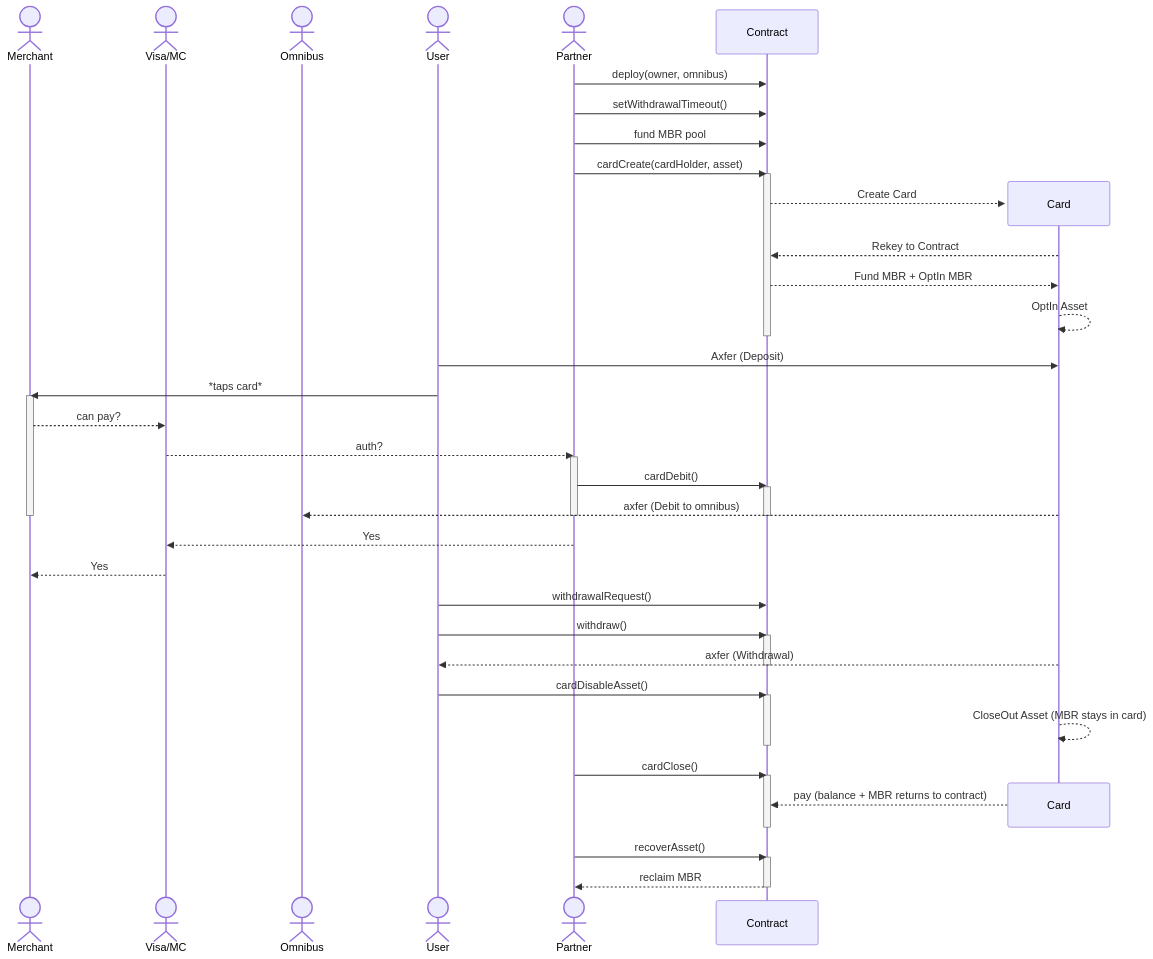
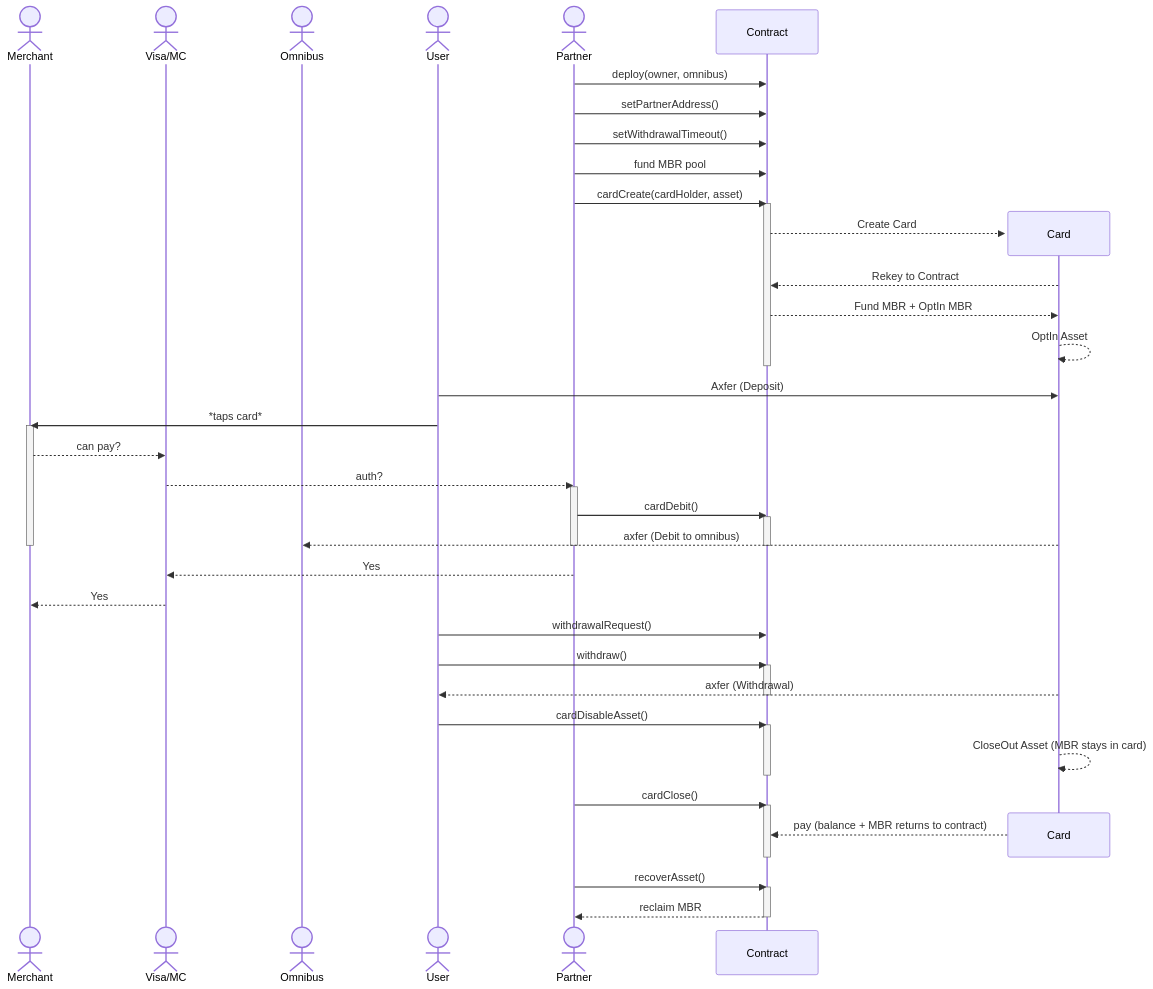
Before and after one commit to funk-af/auto-draw-card: the second of 2 diagrams in projects/auto-draw-card/README.md, drawn with Mermaid. The commit also changed other lines of this file and 29 other files, not shown here.

````diff
--- a/projects/auto-draw-card/README.md
+++ b/projects/auto-draw-card/README.md
@@ -195,51 +211,52 @@
 ```mermaid
 sequenceDiagram
     actor Merchant
     actor Visa/MC
     actor Omnibus
     actor User
     actor Partner
     Partner->>Contract: deploy(owner, omnibus)
+    Partner->>Contract: setPartnerAddress()
     Partner->>Contract: setWithdrawalTimeout()
     Partner->>Contract: fund MBR pool
     Partner->>Contract: cardCreate(cardHolder, asset)
     activate Contract
     create participant Card
     Contract-->>Card: Create Card
     Card-->>Contract: Rekey to Contract
     Contract-->>Card: Fund MBR + OptIn MBR
     Card-->>Card: OptIn Asset
     deactivate Contract
     User->>Card: Axfer (Deposit)
     User->>Merchant: *taps card*
     activate Merchant
     Merchant-->>Visa/MC: can pay?
     Visa/MC-->>Partner: auth?
     activate Partner
     Partner->>Contract: cardDebit()
     activate Contract
     Card-->>Omnibus: axfer (Debit to omnibus)
     deactivate Partner
     deactivate Merchant
     deactivate Contract
     Partner-->>Visa/MC: Yes
     Visa/MC-->>Merchant: Yes
     User->>Contract: withdrawalRequest()
     User->>Contract: withdraw()
     activate Contract
     Card-->>User: axfer (Withdrawal)
     deactivate Contract
     User->>Contract: cardDisableAsset()
     activate Contract
     Card-->>Card: CloseOut Asset (MBR stays in card)
     deactivate Contract
     Partner->>Contract: cardClose()
     activate Contract
     destroy Card
     Card-->>Contract: pay (balance + MBR returns to contract)
     deactivate Contract
     Partner->>Contract: recoverAsset()
     activate Contract
     Contract-->>Partner: reclaim MBR
     deactivate Contract
 ```
````
